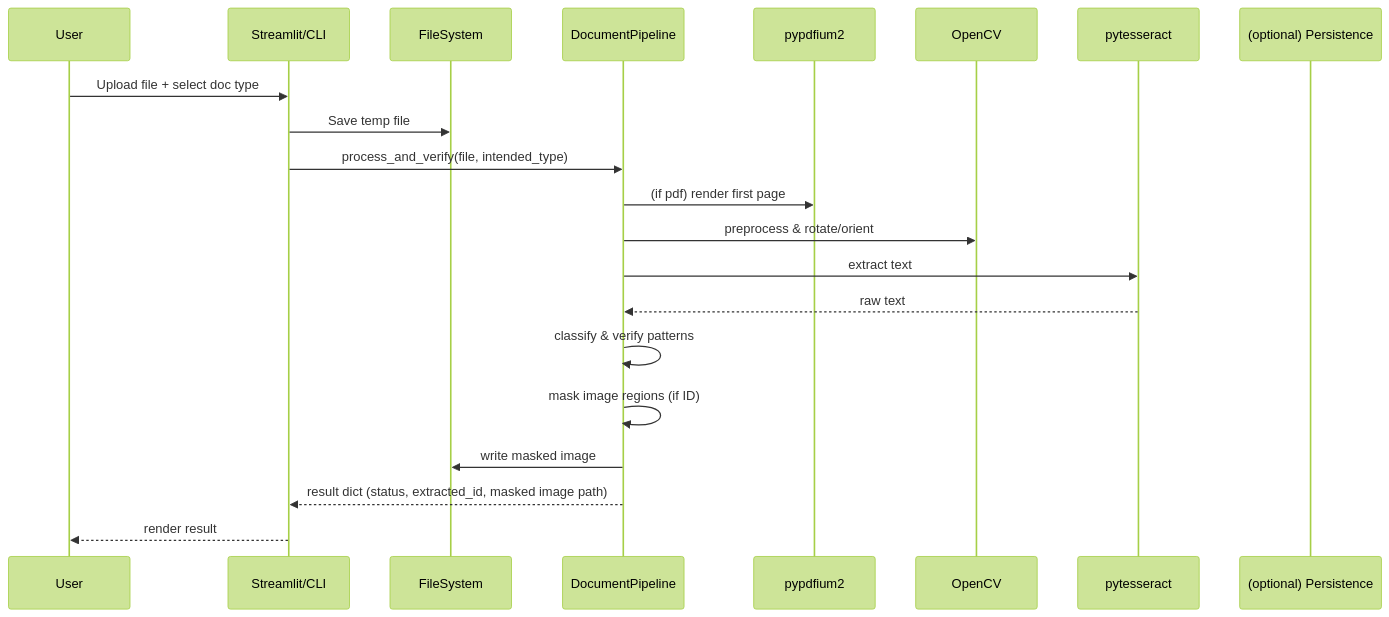
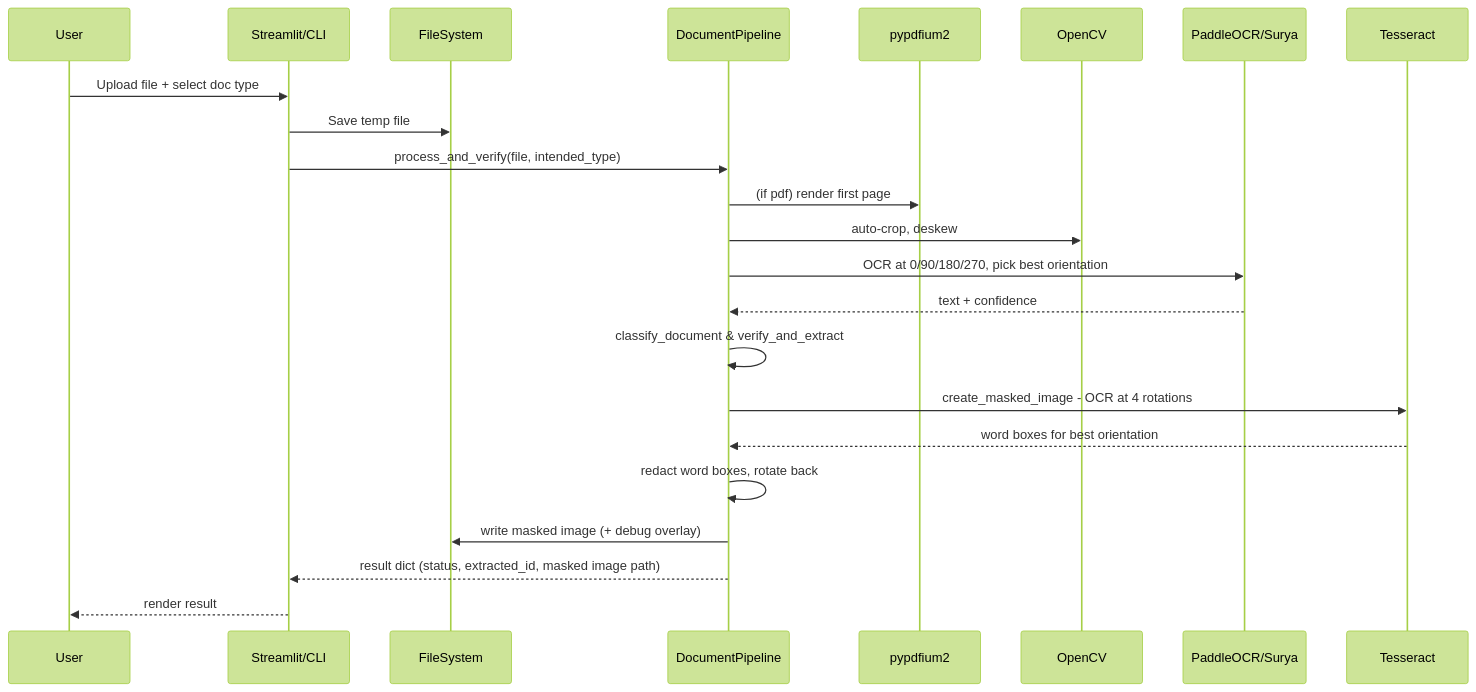
One commit to recrivio-dev/kyc-test changed the second of 5 diagrams in README.md. Above: the diagram before and after it, drawn with Mermaid (forest theme). The commit also changed other lines of this file and 16 other files, not shown here.

Commit message:
paddle-cor, surya-ocr and tesseract

````diff
--- a/README.md
+++ b/README.md
@@ -139,24 +157,26 @@
 ```mermaid
 sequenceDiagram
 	participant U as User
 	participant UI as Streamlit/CLI
 	participant FS as FileSystem
 	participant DP as DocumentPipeline
 	participant PDF as pypdfium2
 	participant CV as OpenCV
-	participant OCR as pytesseract
-	participant DB as (optional) Persistence
+	participant PAD as PaddleOCR/Surya
+	participant TES as Tesseract
 
 	U->>UI: Upload file + select doc type
 	UI->>FS: Save temp file
 	UI->>DP: process_and_verify(file, intended_type)
 	DP->>PDF: (if pdf) render first page
-	DP->>CV: preprocess & rotate/orient
-	DP->>OCR: extract text
-	OCR-->>DP: raw text
-	DP->>DP: classify & verify patterns
-	DP->>DP: mask image regions (if ID)
-	DP->>FS: write masked image
+	DP->>CV: auto-crop, deskew
+	DP->>PAD: OCR at 0/90/180/270, pick best orientation
+	PAD-->>DP: text + confidence
+	DP->>DP: classify_document & verify_and_extract
+	DP->>TES: create_masked_image - OCR at 4 rotations
+	TES-->>DP: word boxes for best orientation
+	DP->>DP: redact word boxes, rotate back
+	DP->>FS: write masked image (+ debug overlay)
 	DP-->>UI: result dict (status, extracted_id, masked image path)
 	UI-->>U: render result
 ```
````
